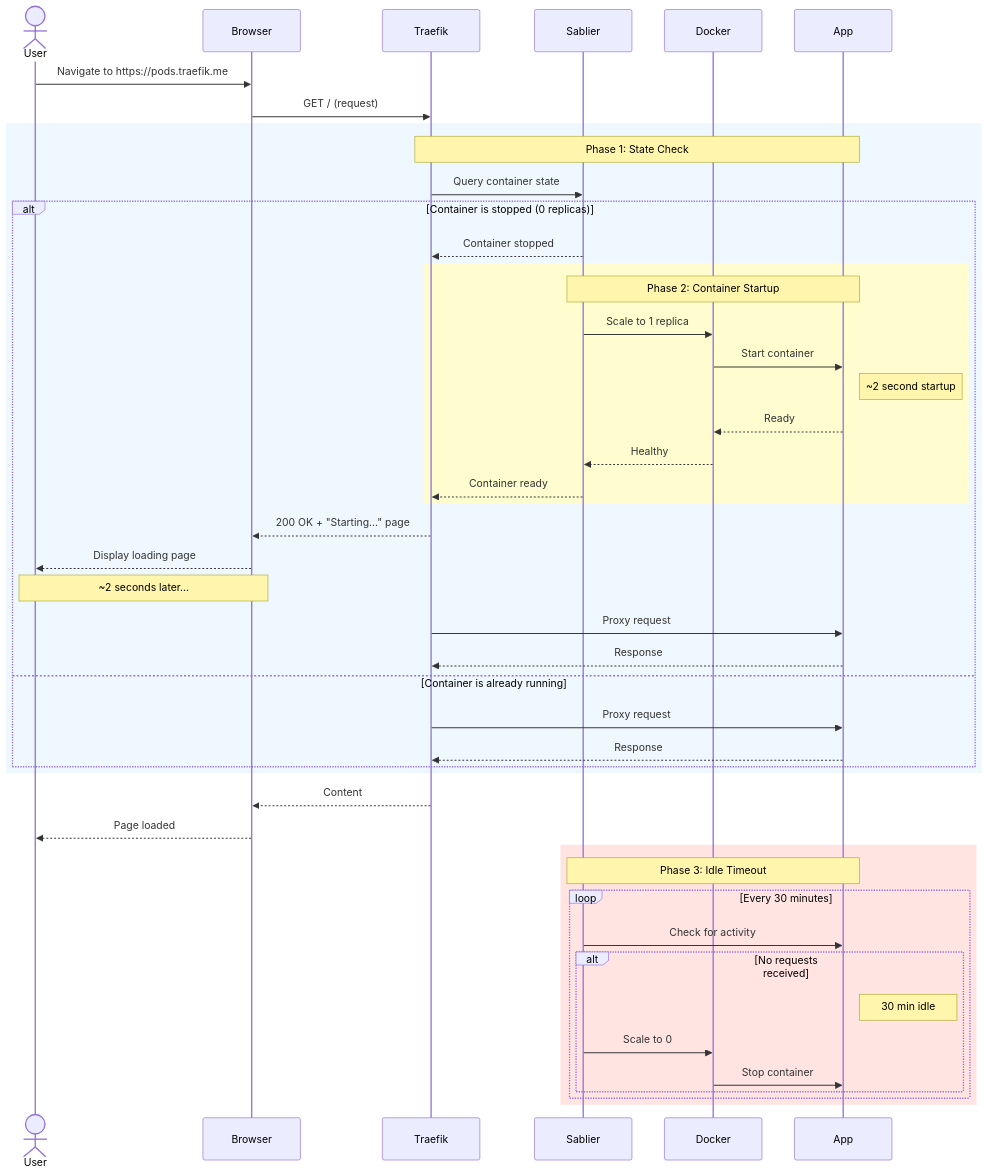
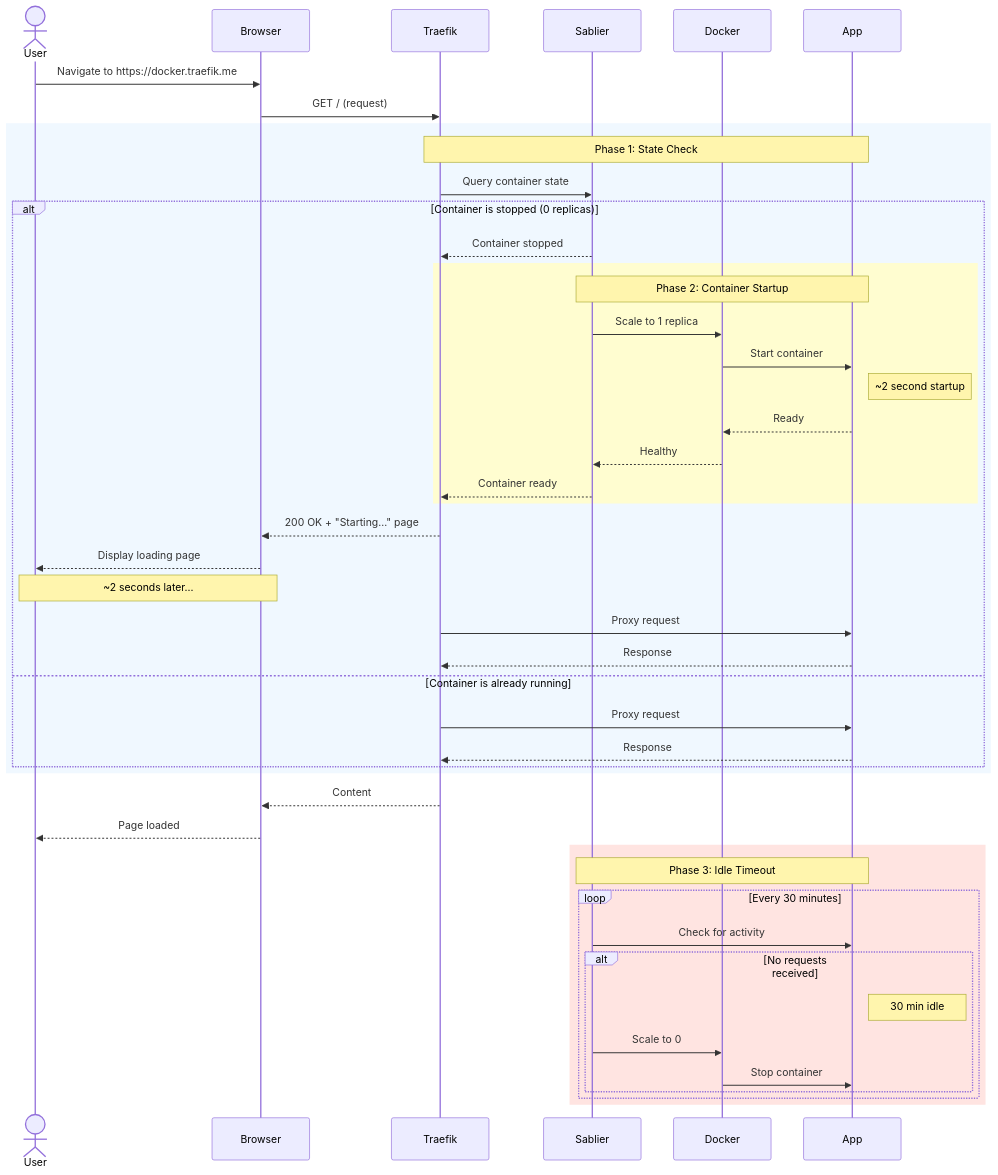
Before and after one commit to jakob1379/homelab: the second of 2 diagrams in docs/architecture.md, drawn with Mermaid. The commit also changed other lines of this file and 13 other files, not shown here.

````diff
--- a/docs/architecture.md
+++ b/docs/architecture.md
@@ -453,52 +449,52 @@
 ```mermaid
 sequenceDiagram
     actor User
     participant Browser
     participant Traefik
     participant Sablier
     participant Docker
     participant App
 
-    User->>Browser: Navigate to https://pods.traefik.me
+    User->>Browser: Navigate to https://docker.traefik.me
     Browser->>Traefik: GET / (request)
 
     rect rgb(240, 248, 255)
         Note over Traefik,App: Phase 1: State Check
         Traefik->>Sablier: Query container state
         alt Container is stopped (0 replicas)
             Sablier-->>Traefik: Container stopped
             rect rgb(255, 253, 208)
                 Note over Sablier,App: Phase 2: Container Startup
                 Sablier->>Docker: Scale to 1 replica
                 Docker->>App: Start container
                 Note right of App: ~2 second startup
                 App-->>Docker: Ready
                 Docker-->>Sablier: Healthy
                 Sablier-->>Traefik: Container ready
             end
             Traefik-->>Browser: 200 OK + "Starting..." page
             Browser-->>User: Display loading page
             Note over User,Browser: ~2 seconds later...
             Traefik->>App: Proxy request
             App-->>Traefik: Response
         else Container is already running
             Traefik->>App: Proxy request
             App-->>Traefik: Response
         end
     end
 
     Traefik-->>Browser: Content
     Browser-->>User: Page loaded
 
     rect rgb(255, 228, 225)
         Note over Sablier,App: Phase 3: Idle Timeout
         loop Every 30 minutes
             Sablier->>App: Check for activity
             alt No requests received
                 Note right of App: 30 min idle
                 Sablier->>Docker: Scale to 0
                 Docker->>App: Stop container
             end
         end
     end
 ```
````
